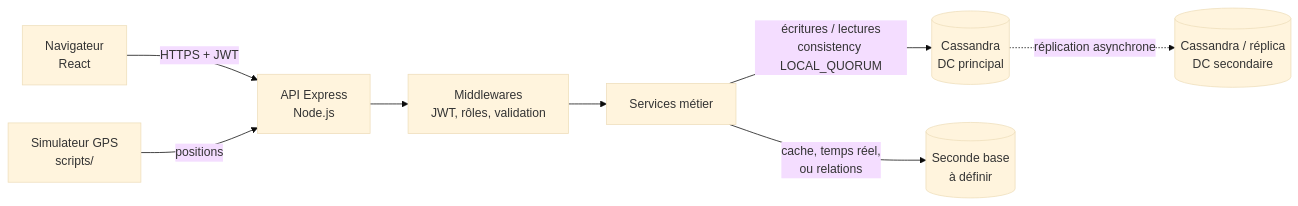
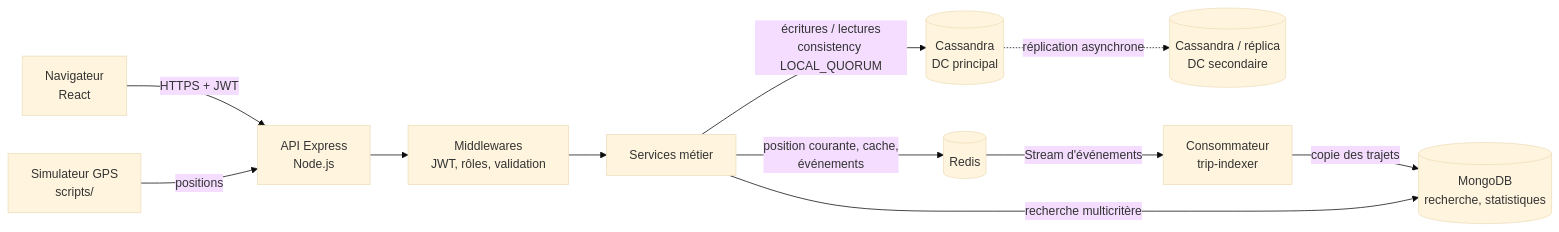
The diagram in docs/architecture.md (BlaBlaNoSQL/BlaBlaNoSQL), drawn with Mermaid (base theme) before and after one commit. The commit also changed other lines of this file and 6 other files, not shown here.

First line of the commit message:
docs(bdd): retient l'architecture Cassandra + Redis + MongoDB

````diff
--- a/docs/architecture.md
+++ b/docs/architecture.md
@@ -5,10 +5,13 @@
 ```mermaid
 flowchart LR
     U[Navigateur<br/>React] -->|HTTPS + JWT| API[API Express<br/>Node.js]
     API --> MW[Middlewares<br/>JWT, rôles, validation]
     MW --> SVC[Services métier]
     SVC -->|écritures / lectures<br/>consistency LOCAL_QUORUM| C1[(Cassandra<br/>DC principal)]
     C1 -. réplication asynchrone .-> C2[(Cassandra / réplica<br/>DC secondaire)]
-    SVC -->|cache, temps réel,<br/>ou relations| S[(Seconde base<br/>à définir)]
+    SVC -->|position courante, cache,<br/>événements| R[(Redis)]
+    R -->|Stream d'événements| W[Consommateur<br/>trip-indexer]
+    W -->|copie des trajets| M[(MongoDB<br/>recherche, statistiques)]
+    SVC -->|recherche multicritère| M
     SIM[Simulateur GPS<br/>scripts/] -->|positions| API
 ```
````
